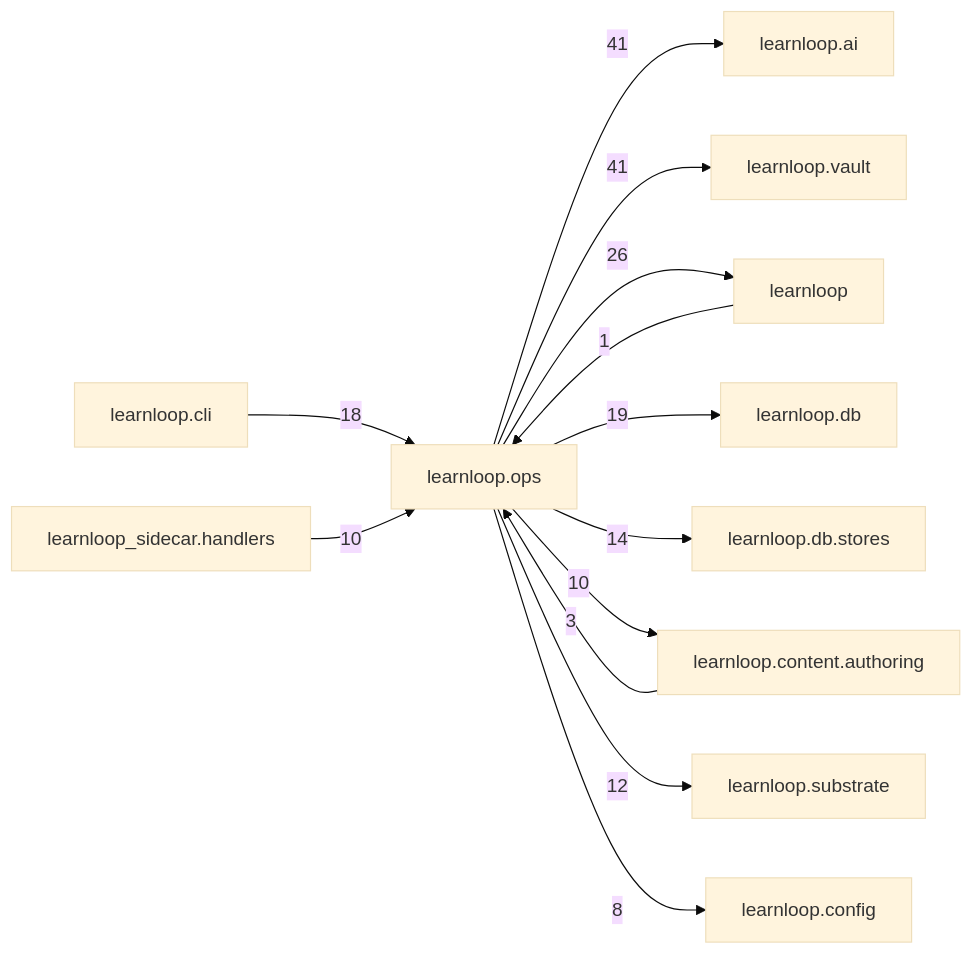
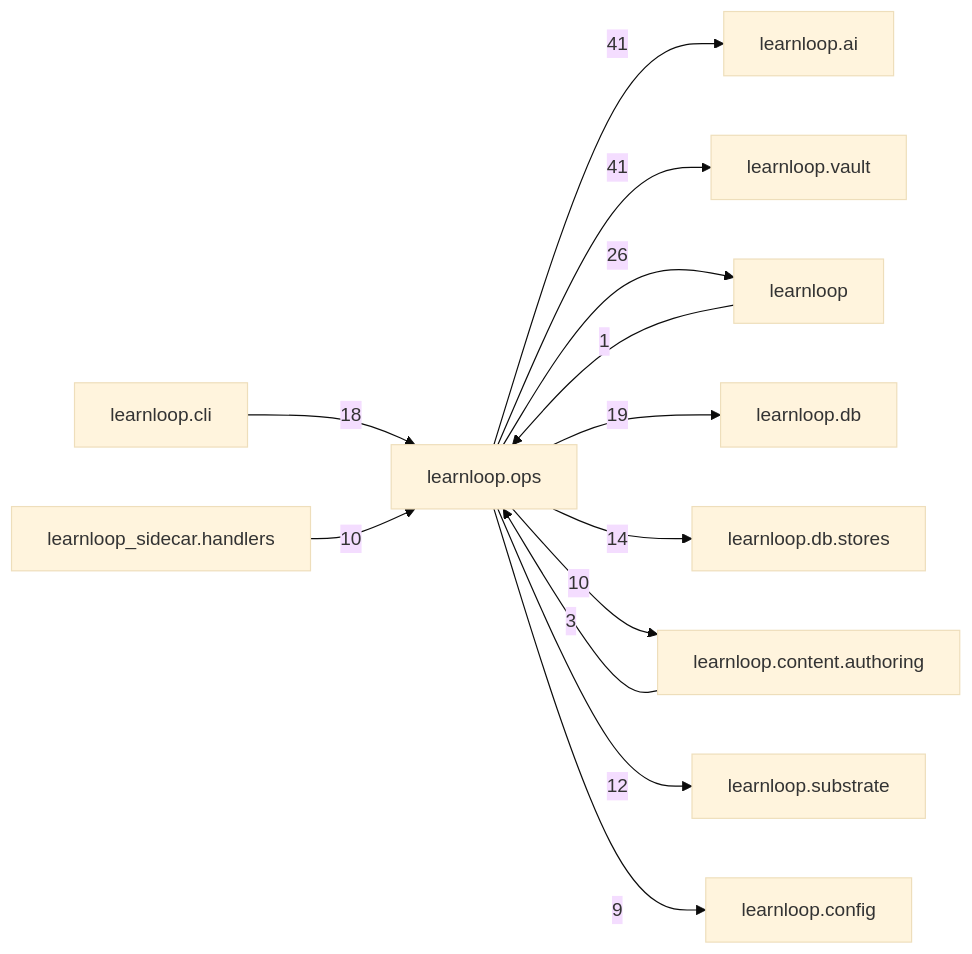
The diagram in docs/learnloop-architecture-vault/Reference/Modules/learnloop/ops/_package.md (6up-b/learnanything), drawn with Mermaid (base theme) before and after one commit. The commit also changed other lines of this file and 41 other files, not shown here.

````diff
--- a/docs/learnloop-architecture-vault/Reference/Modules/learnloop/ops/_package.md
+++ b/docs/learnloop-architecture-vault/Reference/Modules/learnloop/ops/_package.md
@@ -148,26 +148,26 @@
 ```mermaid
 flowchart LR
     center["learnloop.ops"]
     n_learnloop_ai["learnloop.ai"]
     n_learnloop_vault["learnloop.vault"]
     n_learnloop["learnloop"]
     n_learnloop_db["learnloop.db"]
     n_learnloop_cli["learnloop.cli"]
     n_learnloop_db_stores["learnloop.db.stores"]
     n_learnloop_content_authoring["learnloop.content.authoring"]
     n_learnloop_substrate["learnloop.substrate"]
     n_learnloop_sidecar_handlers["learnloop_sidecar.handlers"]
     n_learnloop_config["learnloop.config"]
     center -->|41| n_learnloop_ai
     center -->|41| n_learnloop_vault
     n_learnloop -->|1| center
     center -->|26| n_learnloop
     center -->|19| n_learnloop_db
     n_learnloop_cli -->|18| center
     center -->|14| n_learnloop_db_stores
     n_learnloop_content_authoring -->|3| center
     center -->|10| n_learnloop_content_authoring
     center -->|12| n_learnloop_substrate
     n_learnloop_sidecar_handlers -->|10| center
-    center -->|8| n_learnloop_config
+    center -->|9| n_learnloop_config
 ```
````
